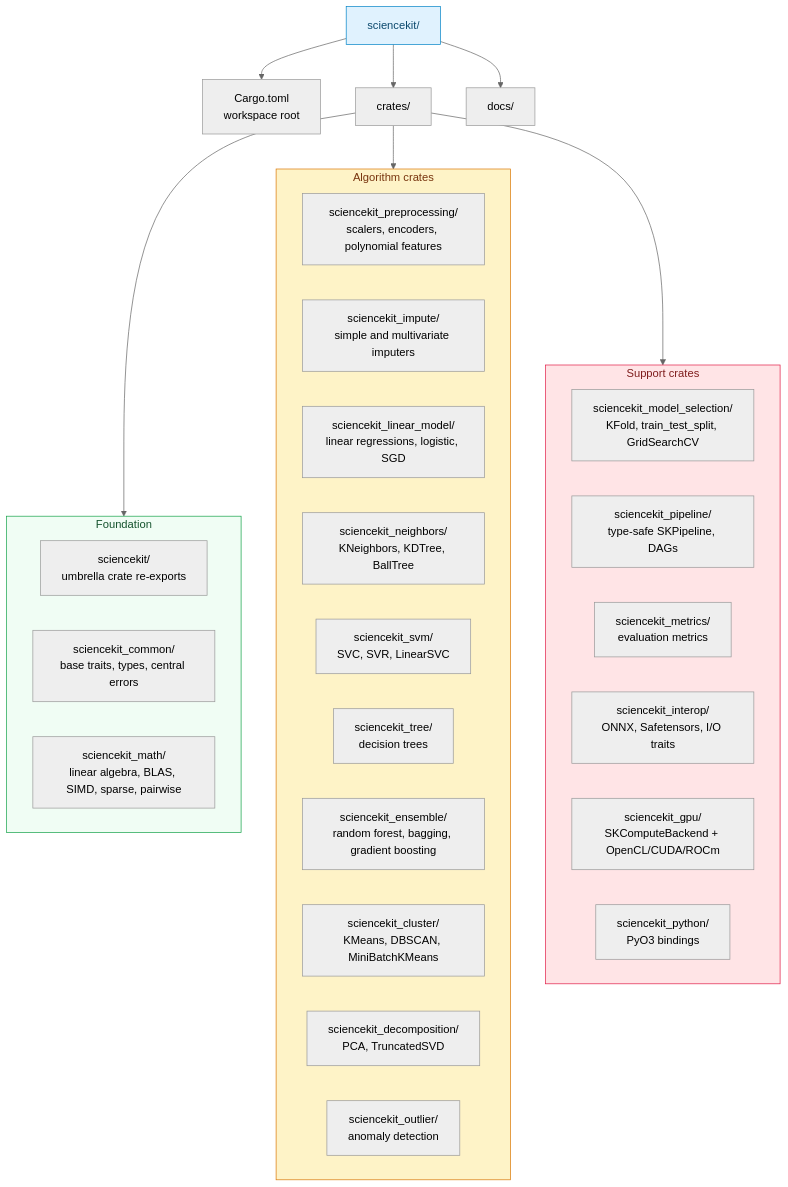
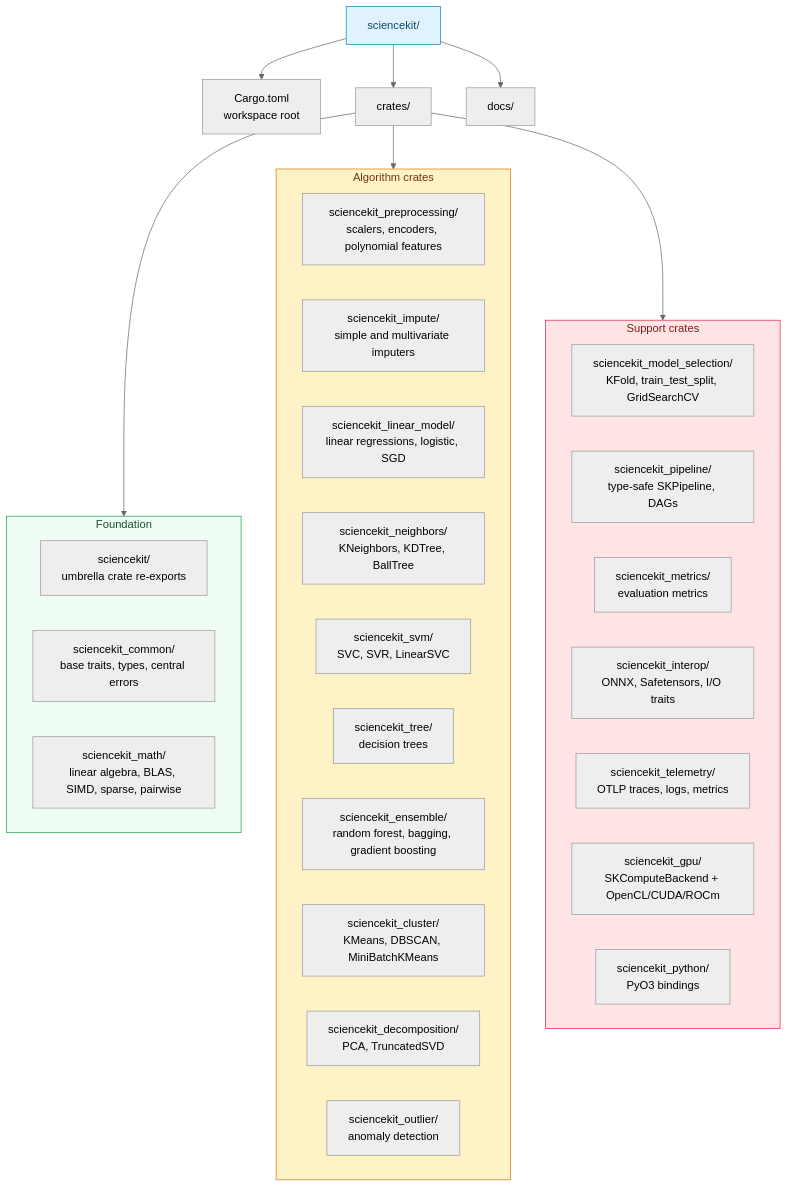
Before and after one commit to neurono-ml/sciencekit: the first of 2 diagrams in docs/src/architecture.md, drawn with Mermaid (neutral theme). The commit also changed 4 other files, not shown here.

Commit message:
docs(book): teach OTLP telemetry export, bounded cardinality and lifecycle

````diff
--- a/docs/src/architecture.md
+++ b/docs/src/architecture.md
@@ -7,46 +7,47 @@
 ```mermaid
 flowchart TD
     accTitle: The sciencekit Cargo workspace layout
     accDescr: A workspace root holding Cargo.toml and a crates folder. The crates folder contains an umbrella crate, two foundation crates, and one crate per algorithm area, plus a docs folder.
     ROOT[sciencekit/]
     ROOT --> CARGO[Cargo.toml<br/>workspace root]
     ROOT --> CRATES[crates/]
     ROOT --> DOCS[docs/]
 
     subgraph FOUNDATION[Foundation]
         UMBRELLA[sciencekit/<br/>umbrella crate re-exports]
         COMMON[sciencekit_common/<br/>base traits, types, central errors]
         MATH[sciencekit_math/<br/>linear algebra, BLAS, SIMD, sparse, pairwise]
     end
 
     subgraph ALGORITHMS[Algorithm crates]
         PREP[sciencekit_preprocessing/<br/>scalers, encoders, polynomial features]
         IMPUTE[sciencekit_impute/<br/>simple and multivariate imputers]
         LINEAR[sciencekit_linear_model/<br/>linear regressions, logistic, SGD]
         NEIGHBORS[sciencekit_neighbors/<br/>KNeighbors, KDTree, BallTree]
         SVM[sciencekit_svm/<br/>SVC, SVR, LinearSVC]
         TREE[sciencekit_tree/<br/>decision trees]
         ENSEMBLE[sciencekit_ensemble/<br/>random forest, bagging, gradient boosting]
         CLUSTER[sciencekit_cluster/<br/>KMeans, DBSCAN, MiniBatchKMeans]
         DECOMP[sciencekit_decomposition/<br/>PCA, TruncatedSVD]
         OUTLIER[sciencekit_outlier/<br/>anomaly detection]
     end
 
     subgraph SUPPORT[Support crates]
         SELECTION[sciencekit_model_selection/<br/>KFold, train_test_split, GridSearchCV]
         PIPELINE[sciencekit_pipeline/<br/>type-safe SKPipeline, DAGs]
         METRICS[sciencekit_metrics/<br/>evaluation metrics]
         INTEROP[sciencekit_interop/<br/>ONNX, Safetensors, I/O traits]
+        TELEMETRY[sciencekit_telemetry/<br/>OTLP traces, logs, metrics]
         GPU[sciencekit_gpu/<br/>SKComputeBackend + OpenCL/CUDA/ROCm]
         PYTHON[sciencekit_python/<br/>PyO3 bindings]
     end
 
     CRATES --> FOUNDATION
     CRATES --> ALGORITHMS
     CRATES --> SUPPORT
 
     style ROOT fill:#e0f2fe,stroke:#0284c7,color:#0c4a6e
     style FOUNDATION fill:#f0fdf4,stroke:#16a34a,color:#14532d
     style ALGORITHMS fill:#fef3c7,stroke:#d97706,color:#78350f
     style SUPPORT fill:#ffe4e6,stroke:#e11d48,color:#7f1d1d
 ```
````
